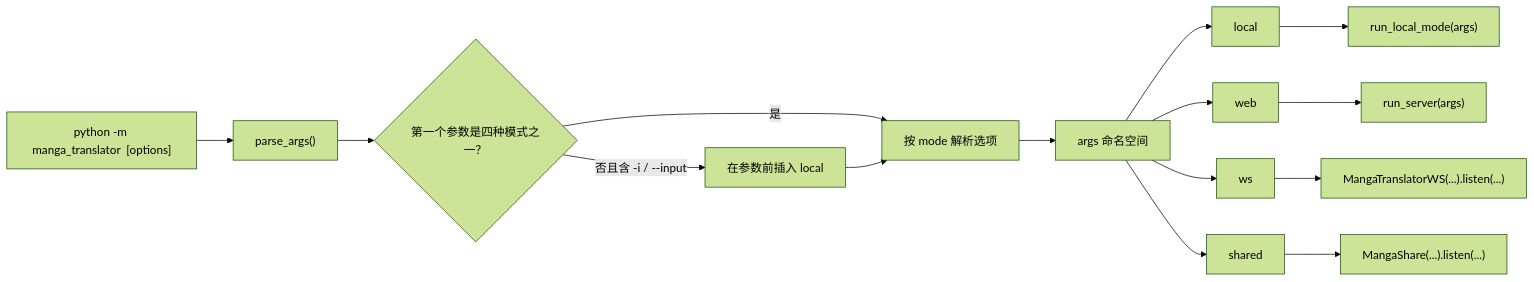
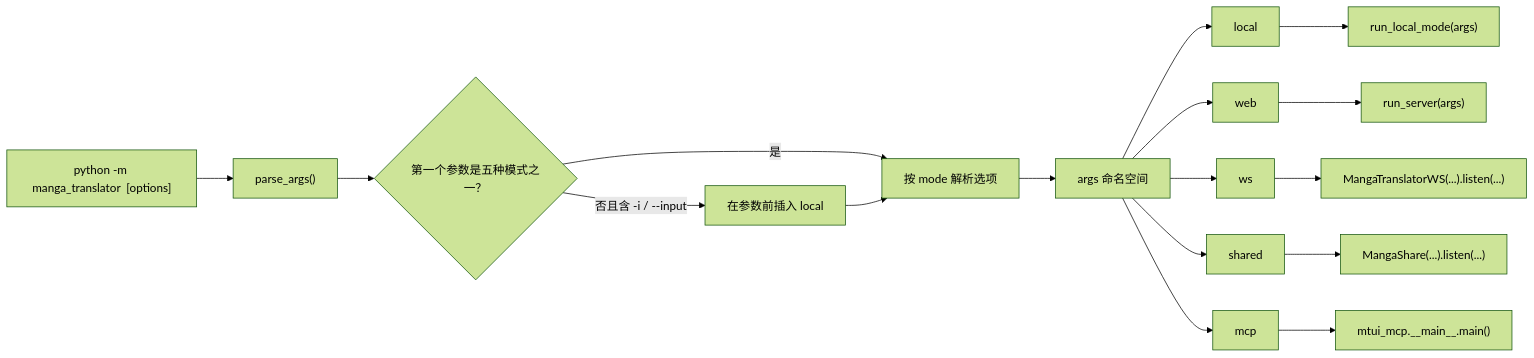
The first of 2 diagrams in doc/wiki/zh/cli/command-structure.md (hgmzhn/manga-translator-ui), drawn with Mermaid (forest theme) before and after one commit. The commit also changed other lines of this file and 80 other files, not shown here.

First line of the commit message:
feat(mcp): integrate MTUI-MCP server with desktop auto-start and live GUI bridge

````diff
--- a/doc/wiki/zh/cli/command-structure.md
+++ b/doc/wiki/zh/cli/command-structure.md
@@ -62,17 +64,19 @@
 ```mermaid
 flowchart LR
     A["python -m manga_translator <mode> [options]"] --> B["parse_args()"]
-    B --> C{"第一个参数是四种模式之一？"}
+    B --> C{"第一个参数是五种模式之一？"}
     C -->|"是"| D["按 mode 解析选项"]
     C -->|"否且含 -i / --input"| E["在参数前插入 local"]
     E --> D
     D --> F["args 命名空间"]
     F --> G["local"]
     F --> H["web"]
     F --> I["ws"]
     F --> J["shared"]
+    F --> K["mcp"]
     G --> G1["run_local_mode(args)"]
     H --> H1["run_server(args)"]
     I --> I1["MangaTranslatorWS(...).listen(...)"]
     J --> J1["MangaShare(...).listen(...)"]
+    K --> K1["mtui_mcp.__main__.main()"]
 ```
````
